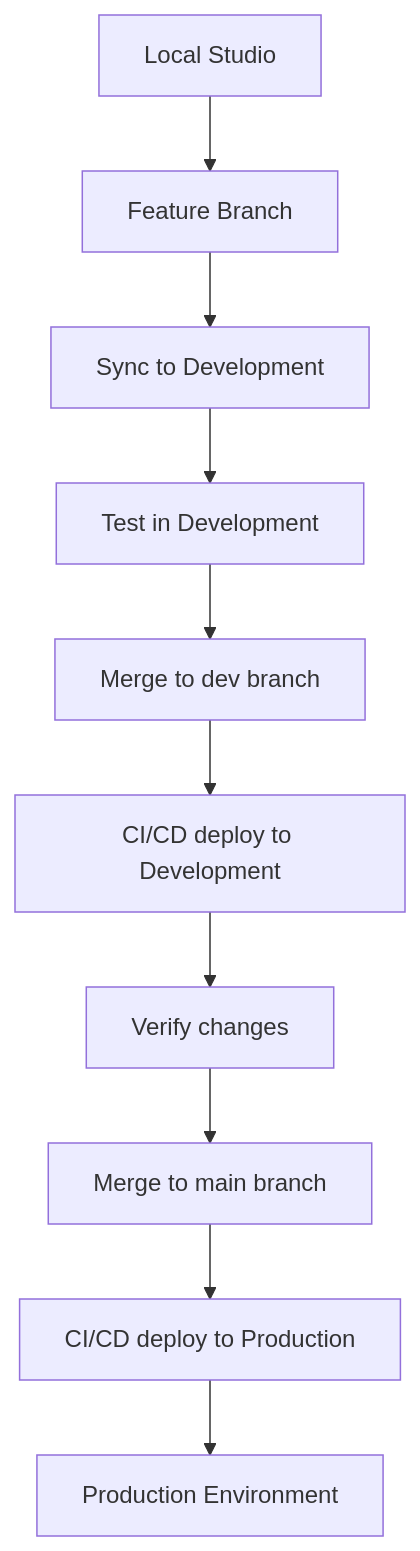
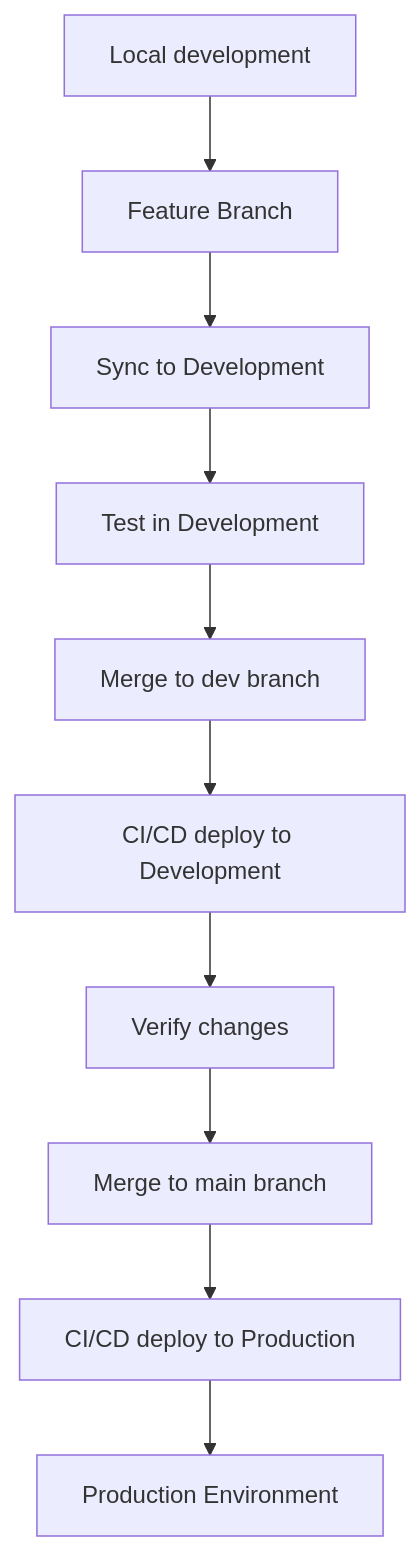
The diagram in docs/framework/deployment/syncing.mdx (novuhq/novu), drawn with Mermaid before and after one commit. The commit also changed other lines of this file and 16 other files, not shown here.

First line of the commit message:
docs(framework): document Local mode replacing the Local Studio app

````diff
--- a/docs/framework/deployment/syncing.mdx
+++ b/docs/framework/deployment/syncing.mdx
@@ -18,12 +20,12 @@
 ```mermaid
 flowchart TB
-    localStudio[Local Studio] --> featureBranch[Feature Branch]
+    localStudio[Local development] --> featureBranch[Feature Branch]
     featureBranch --> syncDev[Sync to Development]
     syncDev --> testDev[Test in Development]
     testDev --> mergeDev[Merge to dev branch]
     mergeDev --> cicdDev[CI/CD deploy to Development]
     cicdDev --> verifyDev[Verify changes]
     verifyDev --> mergeMain[Merge to main branch]
     mergeMain --> cicdProd[CI/CD deploy to Production]
     cicdProd --> prodEnv[Production Environment]
 ```
````
